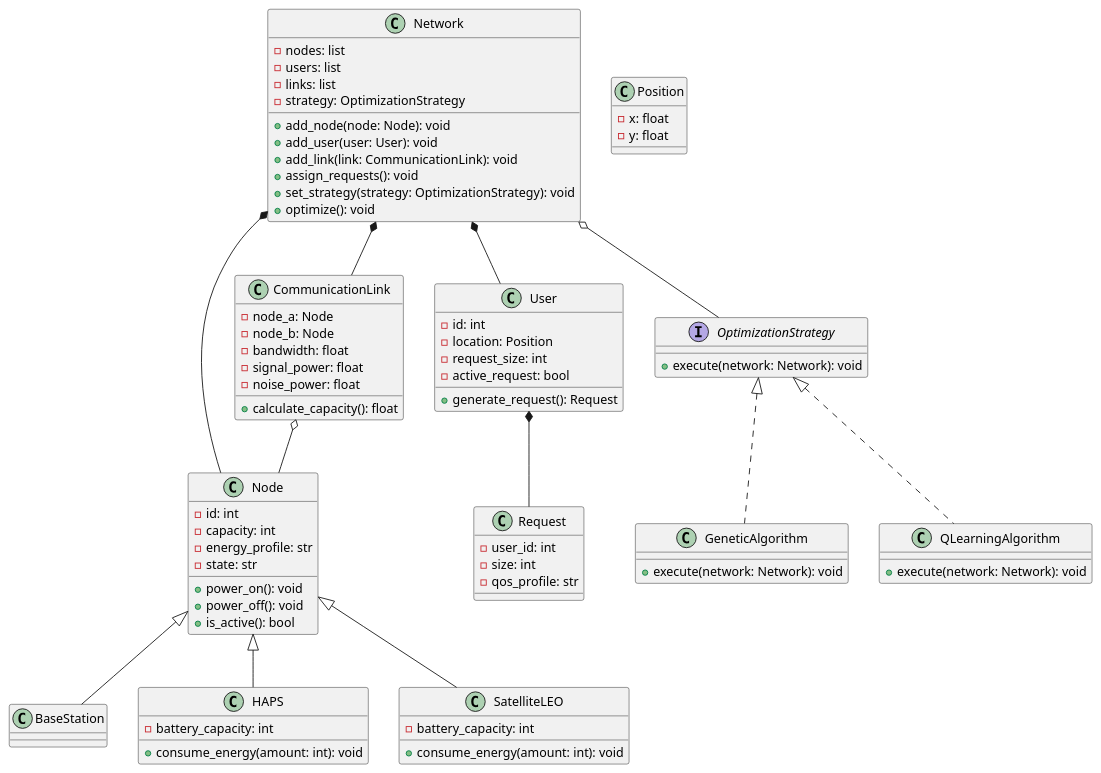
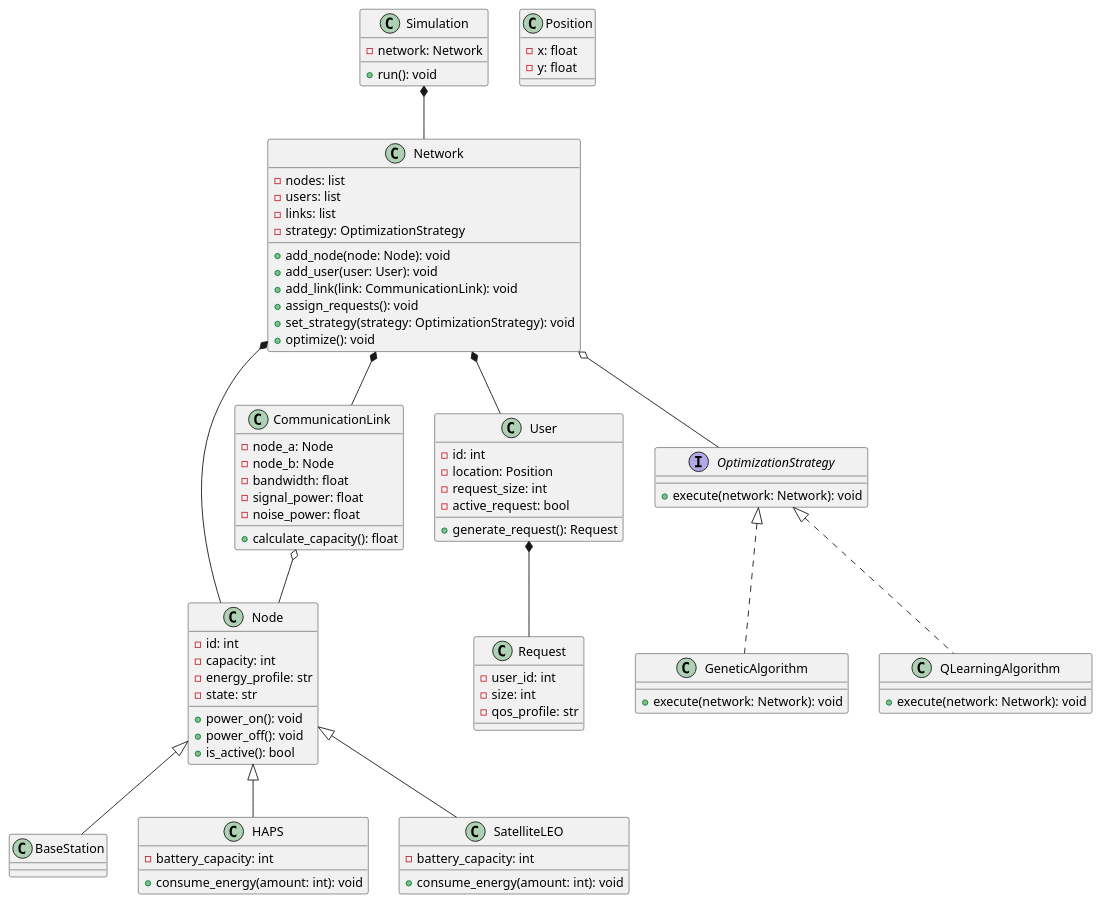
Before and after one commit to SimonR99/OptimisationNTN: the diagram in doc/class_diagram.puml, drawn with PlantUML. The commit also changed 2 other files, not shown here.

Commit message:
add simulation in diagram

```diff
--- a/doc/class_diagram.puml
+++ b/doc/class_diagram.puml
@@ -1,95 +1,102 @@
 @startuml
 
 class Node {
   - id: int
   - capacity: int
   - energy_profile: str
   - state: str
   + power_on(): void
   + power_off(): void
   + is_active(): bool
+}
+
+class Simulation {
+  - network: Network
+  + run(): void
 }
 
 class BaseStation {
 }
 
 class HAPS {
   - battery_capacity: int
   + consume_energy(amount: int): void
 }
 
 class SatelliteLEO {
   - battery_capacity: int
   + consume_energy(amount: int): void
 }
 
 class Position {
   - x: float
   - y: float
 }
 
 class Request {
   - user_id: int
   - size: int
   - qos_profile: str
 }
 
 class User {
   - id: int
   - location: Position
   - request_size: int
   - active_request: bool
   + generate_request(): Request
 }
 
 class CommunicationLink {
   - node_a: Node
   - node_b: Node
   - bandwidth: float
   - signal_power: float
   - noise_power: float
   + calculate_capacity(): float
 }
 
 class Network {
   - nodes: list
   - users: list
   - links: list
   - strategy: OptimizationStrategy
   + add_node(node: Node): void
   + add_user(user: User): void
   + add_link(link: CommunicationLink): void
   + assign_requests(): void
   + set_strategy(strategy: OptimizationStrategy): void
   + optimize(): void
 }
 
 interface OptimizationStrategy {
   + execute(network: Network): void
 }
 
 class GeneticAlgorithm {
   + execute(network: Network): void
 }
 
 class QLearningAlgorithm {
   + execute(network: Network): void
 }
 
 Node <|-- BaseStation
 Node <|-- HAPS
 Node <|-- SatelliteLEO
 
 User *-- Request
 
+Simulation *-- Network
+
 Network *-- Node
 Network *-- User
 Network *-- CommunicationLink
 Network o-- OptimizationStrategy
 
 OptimizationStrategy <|.. GeneticAlgorithm
 OptimizationStrategy <|.. QLearningAlgorithm
 
 CommunicationLink o-- Node
 
 @enduml
```
